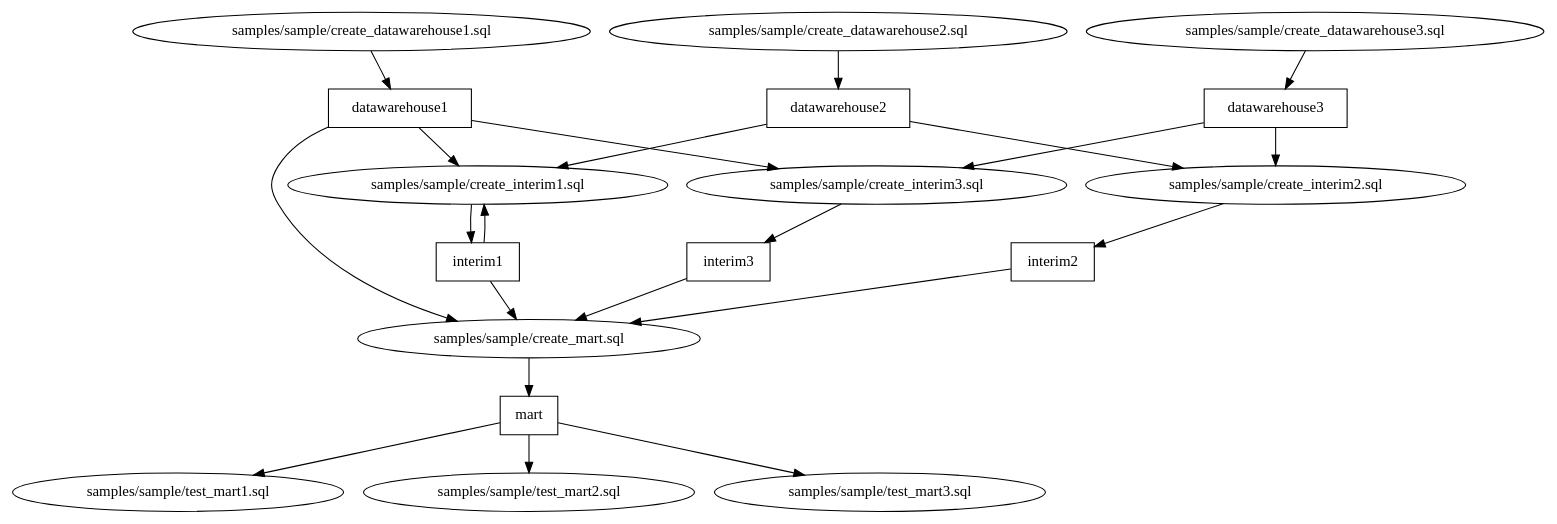
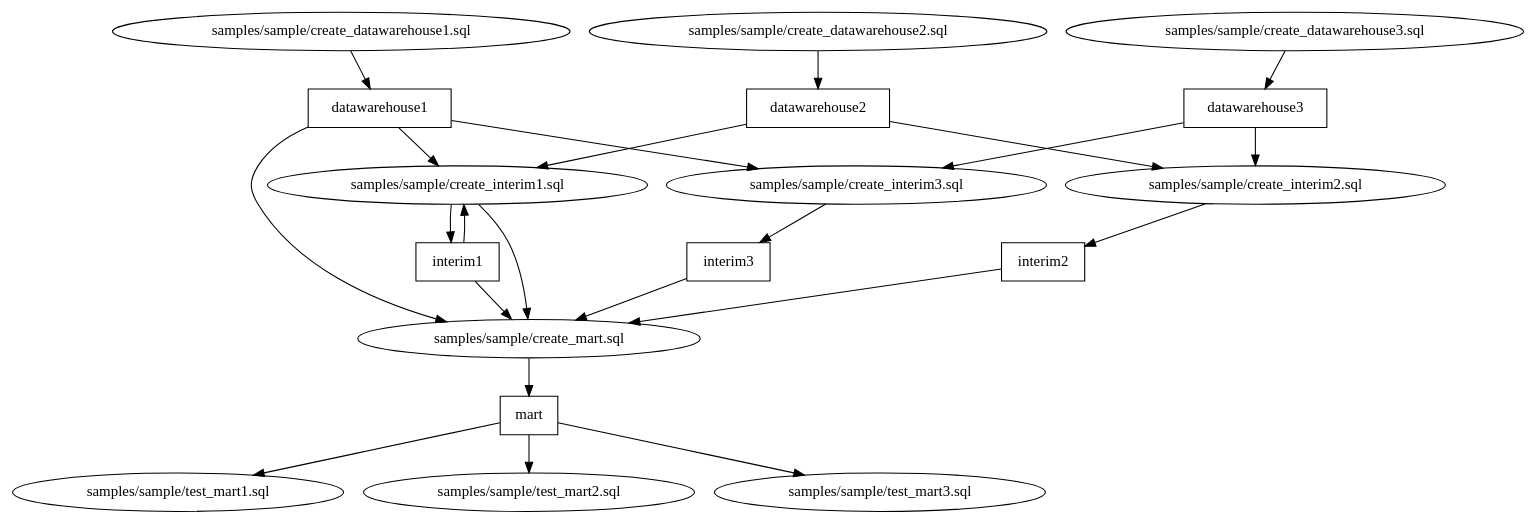
The diagram in samples/sample/side_effect_first_with_tables/dag.dot (Matts966/alphasql), drawn with Graphviz before and after one commit. The commit also changed 13 other files, not shown here.

```diff
--- a/samples/sample/side_effect_first_with_tables/dag.dot
+++ b/samples/sample/side_effect_first_with_tables/dag.dot
@@ -1,40 +1,41 @@
 digraph G {
 0 [label="samples/sample/create_datawarehouse1.sql", shape="", type=query];
 1 [label="samples/sample/create_datawarehouse2.sql", shape="", type=query];
 2 [label="samples/sample/create_datawarehouse3.sql", shape="", type=query];
 3 [label="samples/sample/create_interim1.sql", shape="", type=query];
 4 [label="samples/sample/create_interim2.sql", shape="", type=query];
 5 [label="samples/sample/create_interim3.sql", shape="", type=query];
 6 [label="samples/sample/create_mart.sql", shape="", type=query];
 7 [label="samples/sample/test_mart1.sql", shape="", type=query];
 8 [label="samples/sample/test_mart2.sql", shape="", type=query];
 9 [label="samples/sample/test_mart3.sql", shape="", type=query];
 10 [label=datawarehouse1, shape=box, type=table];
 11 [label=datawarehouse2, shape=box, type=table];
 12 [label=datawarehouse3, shape=box, type=table];
 13 [label=interim1, shape=box, type=table];
 14 [label=interim2, shape=box, type=table];
 15 [label=interim3, shape=box, type=table];
 16 [label=mart, shape=box, type=table];
 0->10 ;
 1->11 ;
 2->12 ;
+3->6 ;
 3->13 ;
 4->14 ;
 5->15 ;
 6->16 ;
 10->3 ;
 10->5 ;
 10->6 ;
 11->3 ;
 11->4 ;
 12->5 ;
 12->4 ;
 13->3 ;
 13->6 ;
 14->6 ;
 15->6 ;
 16->9 ;
 16->8 ;
 16->7 ;
 }
```
